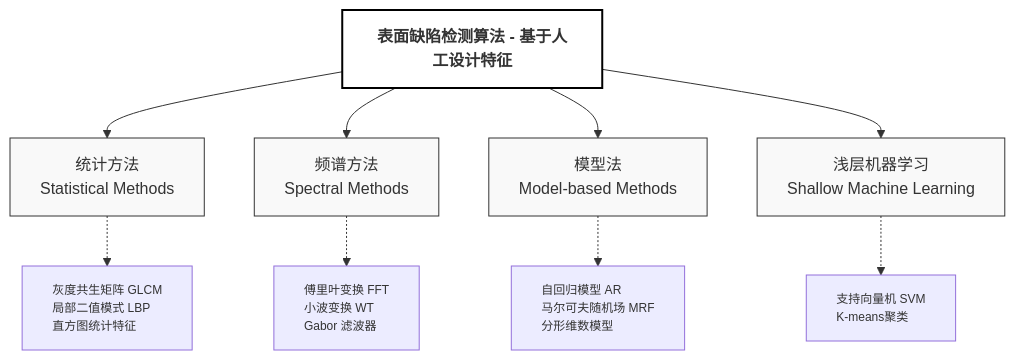
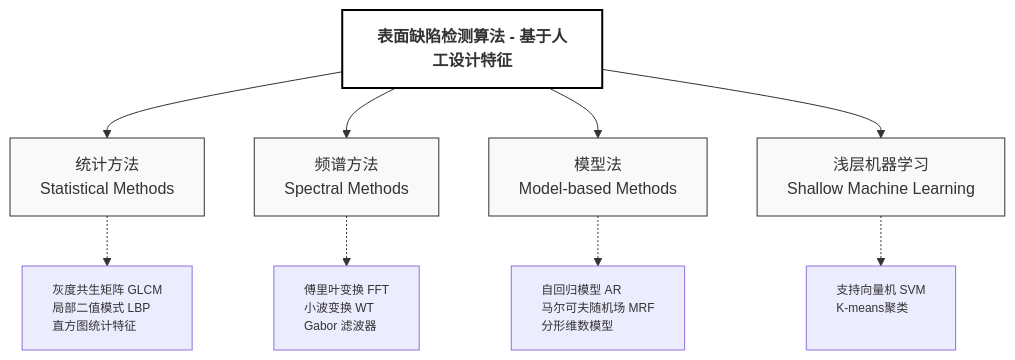
The diagram in all/未命名-1.md (MAOSHENGsong/iodraw-files), drawn with Mermaid before and after one commit.

Commit message:
2026-03-17 18:41:46 update

````diff
--- a/all/未命名-1.md
+++ b/all/未命名-1.md
@@ -1,41 +1,41 @@
 ```mermaid
 graph TB
     %% 核心标题
     Main[表面缺陷检测算法 - 基于人工设计特征] 
     
     %% 第一层级：四大分支
     Statistical[统计方法<br/>Statistical Methods]
     Spectral[频谱方法<br/>Spectral Methods]
     Model[模型法<br/>Model-based Methods]
     Machine[浅层机器学习<br/>Shallow Machine Learning]
 
     %% 第二层级：典型算法
     Sub_Stat[灰度共生矩阵 GLCM<br/>局部二值模式 LBP<br/>直方图统计特征]
     Sub_Spec[傅里叶变换 FFT<br/>小波变换 WT<br/>Gabor 滤波器]
     Sub_Mod[自回归模型 AR<br/>马尔可夫随机场 MRF<br/>分形维数模型]
-    Sub_Mach[支持向量机 SVM<br/>K-means聚类<br/>]
+    Sub_Mach[支持向量机 SVM<br/>K-means聚类<br/><br/>]
 
     %% 建立连接
     Main --> Statistical
     Main --> Spectral
     Main --> Model
     Main --> Machine
 
     Statistical -.-> Sub_Stat
     Spectral -.-> Sub_Spec
     Model -.-> Sub_Mod
     Machine -.-> Sub_Mach
 
     %% 样式美化：论文通常使用白底黑字或淡色调
     style Main fill:#ffffff,stroke:#000,stroke-width:2px,font-weight:bold
     style Statistical fill:#f9f9f9,stroke:#333,stroke-width:1px
     style Spectral fill:#f9f9f9,stroke:#333,stroke-width:1px
     style Model fill:#f9f9f9,stroke:#333,stroke-width:1px
     style Machine fill:#f9f9f9,stroke:#333,stroke-width:1px
     
     %% 细化子项样式
     style Sub_Stat font-size:12px,text-align:left
     style Sub_Spec font-size:12px,text-align:left
     style Sub_Mod font-size:12px,text-align:left
     style Sub_Mach font-size:12px,text-align:left
 ```
````
